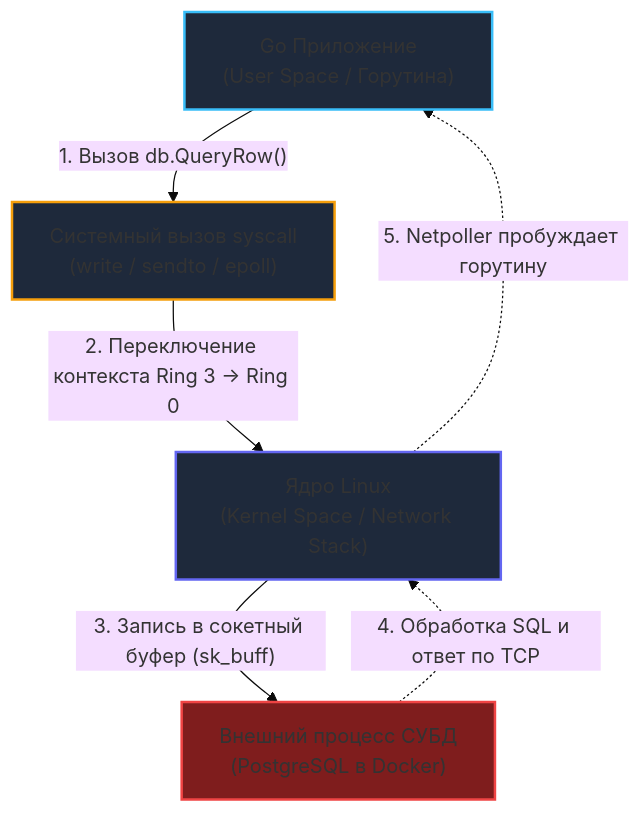
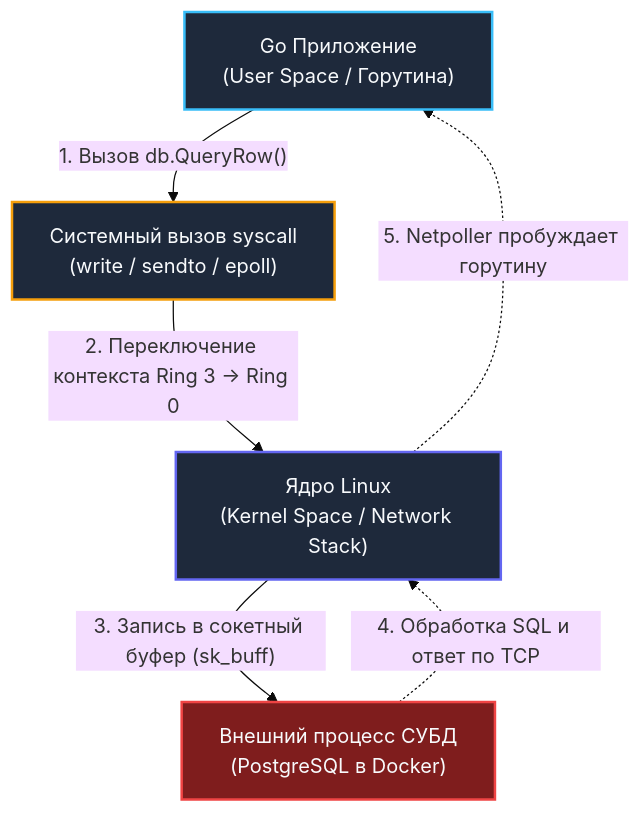
One commit to UnrealTemplier/go-textbook changed the first of 2 diagrams in sources/15. Тестирование в Go (QA & Testing)/01. Фундамент/2. Виды тестирования. Unit, Integration, E2E.md. Above: the diagram before and after it, drawn with Mermaid (base theme). The commit also changed 310 other files, not shown here.

First line of the commit message:
fix(mermaid): replace light fill colors with dark palette for readability on dark theme

````diff
--- a/sources/15. Тестирование в Go (QA & Testing)/01. Фундамент/2. Виды тестирования. Unit, Integration, E2E.md
+++ b/sources/15. Тестирование в Go (QA & Testing)/01. Фундамент/2. Виды тестирования. Unit, Integration, E2E.md
@@ -88,18 +88,18 @@
 ```mermaid
 flowchart TD
     GoApp["Go Приложение<br>(User Space / Горутина)"]
     Syscall["Системный вызов syscall<br>(write / sendto / epoll)"]
     Kernel["Ядро Linux<br>(Kernel Space / Network Stack)"]
     DB["Внешний процесс СУБД<br>(PostgreSQL в Docker)"]
 
     GoApp -->|"1. Вызов db.QueryRow()"| Syscall
     Syscall -->|"2. Переключение контекста Ring 3 -> Ring 0"| Kernel
     Kernel -->|"3. Запись в сокетный буфер (sk_buff)"| DB
     DB -.->|"4. Обработка SQL и ответ по TCP"| Kernel
     Kernel -.->|"5. Netpoller пробуждает горутину"| GoApp
 
-    style GoApp fill:#1e293b,stroke:#38bdf8,stroke-width:2px
-    style Syscall fill:#1e293b,stroke:#f59e0b,stroke-width:2px
-    style Kernel fill:#1e293b,stroke:#6366f1,stroke-width:2px
-    style DB fill:#7f1d1d,stroke:#ef4444,stroke-width:2px
+    style GoApp fill:#1e293b,stroke:#38bdf8,stroke-width:2px,color:#f8fafc
+    style Syscall fill:#1e293b,stroke:#f59e0b,stroke-width:2px,color:#f8fafc
+    style Kernel fill:#1e293b,stroke:#6366f1,stroke-width:2px,color:#f8fafc
+    style DB fill:#7f1d1d,stroke:#ef4444,stroke-width:2px,color:#f8fafc
 ```
````
